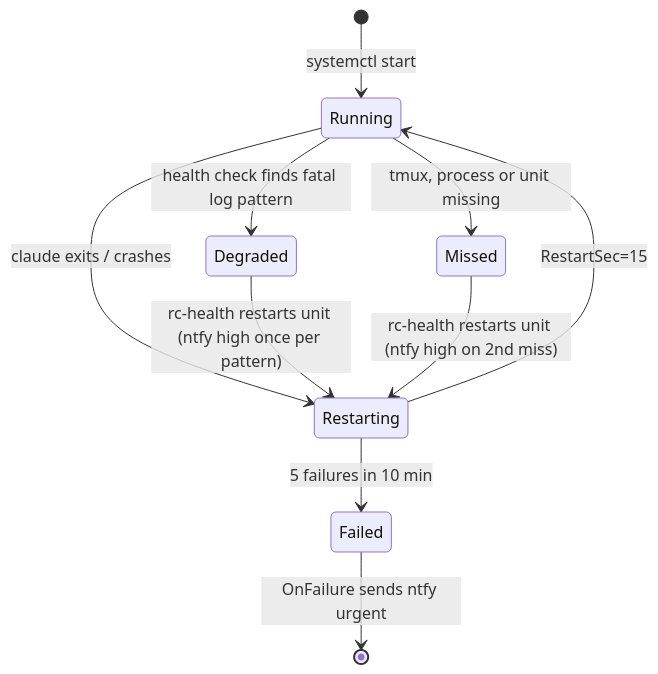
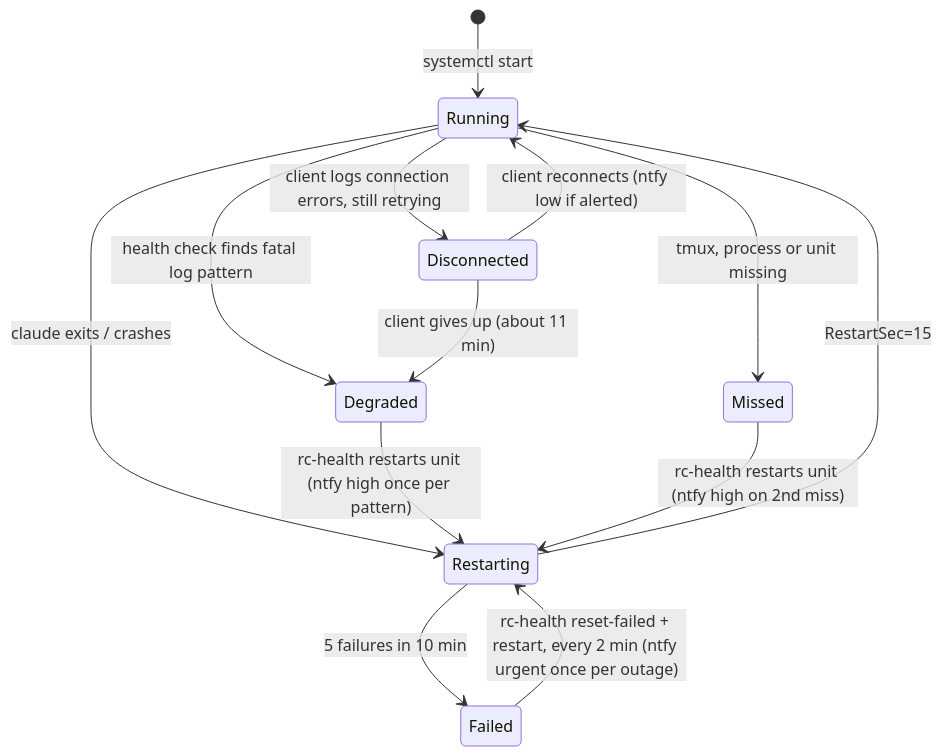
The second of 3 diagrams in docs/design.md (andy-wilson/claude-gw), drawn with Mermaid before and after one commit. The commit also changed other lines of this file and 1 other file, not shown here.

````diff
--- a/docs/design.md
+++ b/docs/design.md
@@ -126,12 +126,15 @@
 ```mermaid
 stateDiagram-v2
   [*] --> Running: systemctl start
   Running --> Restarting: claude exits / crashes
   Restarting --> Running: RestartSec=15
   Restarting --> Failed: 5 failures in 10 min
-  Failed --> [*]: OnFailure sends ntfy urgent
+  Failed --> Restarting: rc-health reset-failed + restart, every 2 min (ntfy urgent once per outage)
   Running --> Degraded: health check finds fatal log pattern
   Degraded --> Restarting: rc-health restarts unit (ntfy high once per pattern)
   Running --> Missed: tmux, process or unit missing
   Missed --> Restarting: rc-health restarts unit (ntfy high on 2nd miss)
+  Running --> Disconnected: client logs connection errors, still retrying
+  Disconnected --> Running: client reconnects (ntfy low if alerted)
+  Disconnected --> Degraded: client gives up (about 11 min)
 ```
````
